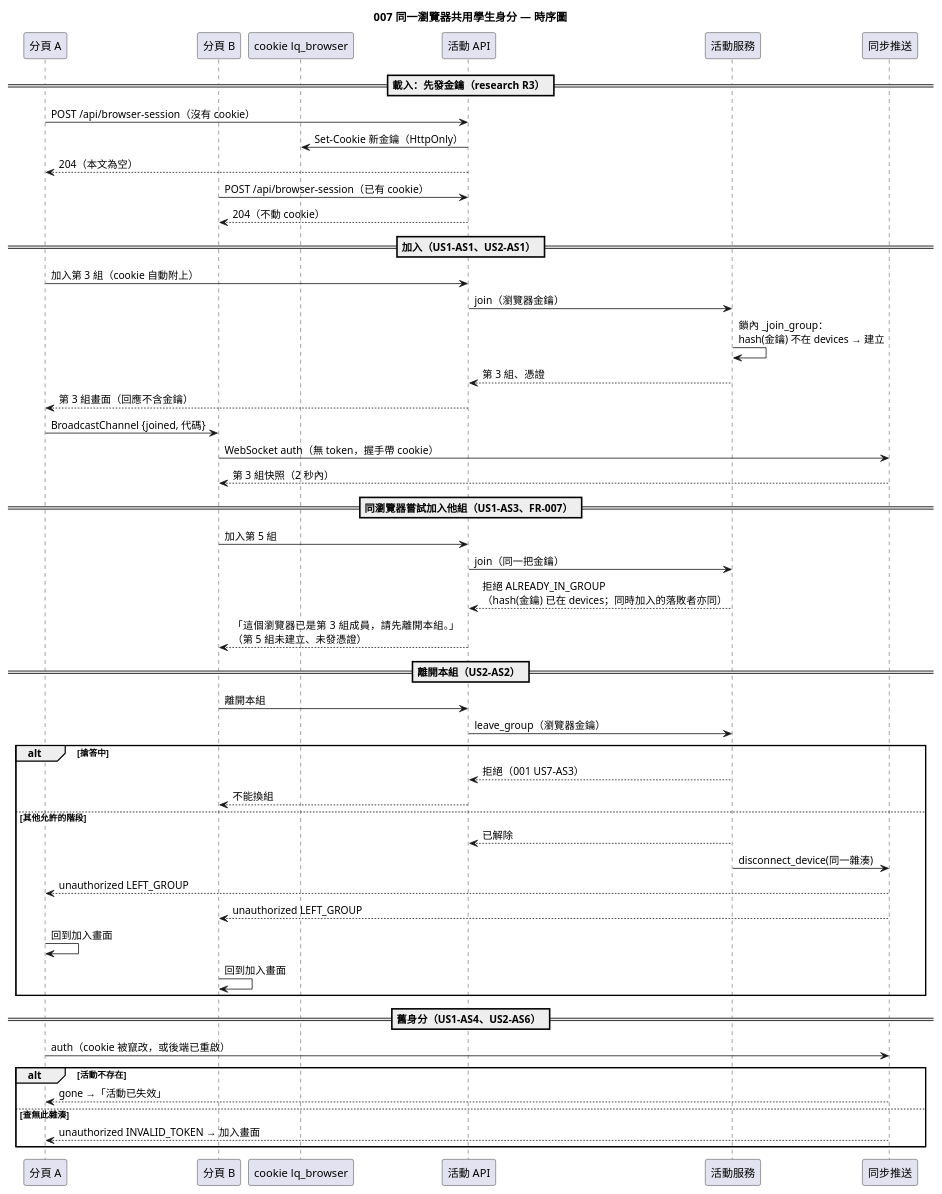
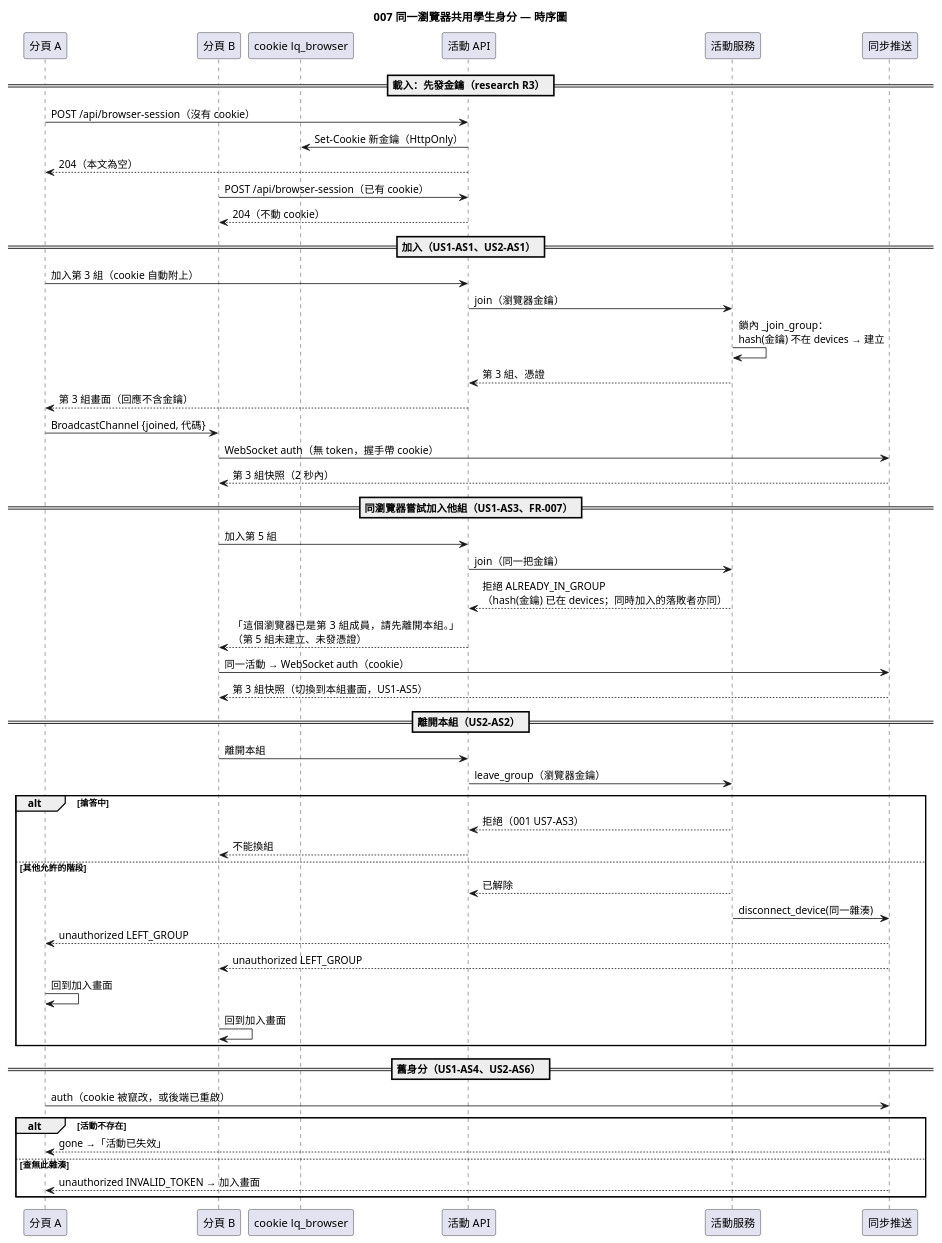
One commit to EricC430/lecture-answer-first_group16_speckit changed the diagram in diagrams/007-browser-identity-sync-sequence.puml. Above: the diagram before and after it, drawn with PlantUML. The commit also changed 9 other files, not shown here.

First line of the commit message:
docs: 依 /speckit-analyze 修正 007 的 spec、plan、tasks 與圖表

```diff
--- a/diagrams/007-browser-identity-sync-sequence.puml
+++ b/diagrams/007-browser-identity-sync-sequence.puml
@@ -1,58 +1,60 @@
 @startuml 007-browser-identity-sync-sequence
 !pragma layout smetana
 skinparam defaultFontName "Microsoft JhengHei"
 title 007 同一瀏覽器共用學生身分 — 時序圖
 
 participant "分頁 A" as A
 participant "分頁 B" as B
 participant "cookie lq_browser" as Store
 participant "活動 API" as Api
 participant "活動服務" as Svc
 participant "同步推送" as Sync
 
 == 載入：先發金鑰（research R3） ==
 A -> Api : POST /api/browser-session（沒有 cookie）
 Api -> Store : Set-Cookie 新金鑰（HttpOnly）
 Api --> A : 204（本文為空）
 B -> Api : POST /api/browser-session（已有 cookie）
 Api --> B : 204（不動 cookie）
 
 == 加入（US1-AS1、US2-AS1） ==
 A -> Api : 加入第 3 組（cookie 自動附上）
 Api -> Svc : join（瀏覽器金鑰）
 Svc -> Svc : 鎖內 _join_group：\nhash(金鑰) 不在 devices → 建立
 Svc --> Api : 第 3 組、憑證
 Api --> A : 第 3 組畫面（回應不含金鑰）
 A -> B : BroadcastChannel {joined, 代碼}
 B -> Sync : WebSocket auth（無 token，握手帶 cookie）
 Sync --> B : 第 3 組快照（2 秒內）
 
 == 同瀏覽器嘗試加入他組（US1-AS3、FR-007） ==
 B -> Api : 加入第 5 組
 Api -> Svc : join（同一把金鑰）
 Svc --> Api : 拒絕 ALREADY_IN_GROUP\n（hash(金鑰) 已在 devices；同時加入的落敗者亦同）
 Api --> B : 「這個瀏覽器已是第 3 組成員，請先離開本組。」\n（第 5 組未建立、未發憑證）
+B -> Sync : 同一活動 → WebSocket auth（cookie）
+Sync --> B : 第 3 組快照（切換到本組畫面，US1-AS5）
 
 == 離開本組（US2-AS2） ==
 B -> Api : 離開本組
 Api -> Svc : leave_group（瀏覽器金鑰）
 alt 搶答中
   Svc --> Api : 拒絕（001 US7-AS3）
   Api --> B : 不能換組
 else 其他允許的階段
   Svc --> Api : 已解除
   Svc -> Sync : disconnect_device(同一雜湊)
   Sync --> A : unauthorized LEFT_GROUP
   Sync --> B : unauthorized LEFT_GROUP
   A -> A : 回到加入畫面
   B -> B : 回到加入畫面
 end
 
 == 舊身分（US1-AS4、US2-AS6） ==
 A -> Sync : auth（cookie 被竄改，或後端已重啟）
 alt 活動不存在
   Sync --> A : gone →「活動已失效」
 else 查無此雜湊
   Sync --> A : unauthorized INVALID_TOKEN → 加入畫面
 end
 @enduml
```
